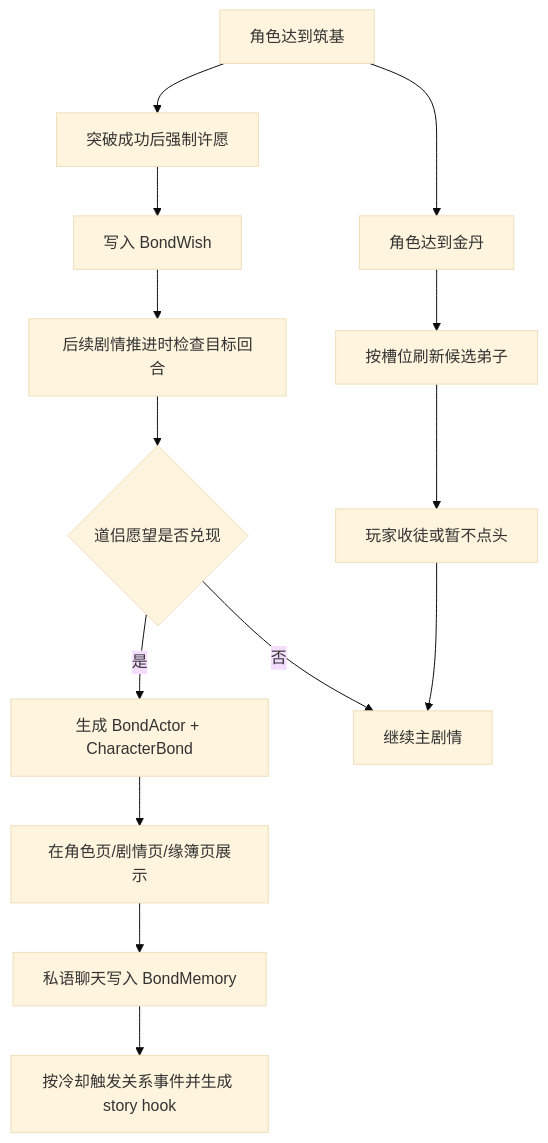
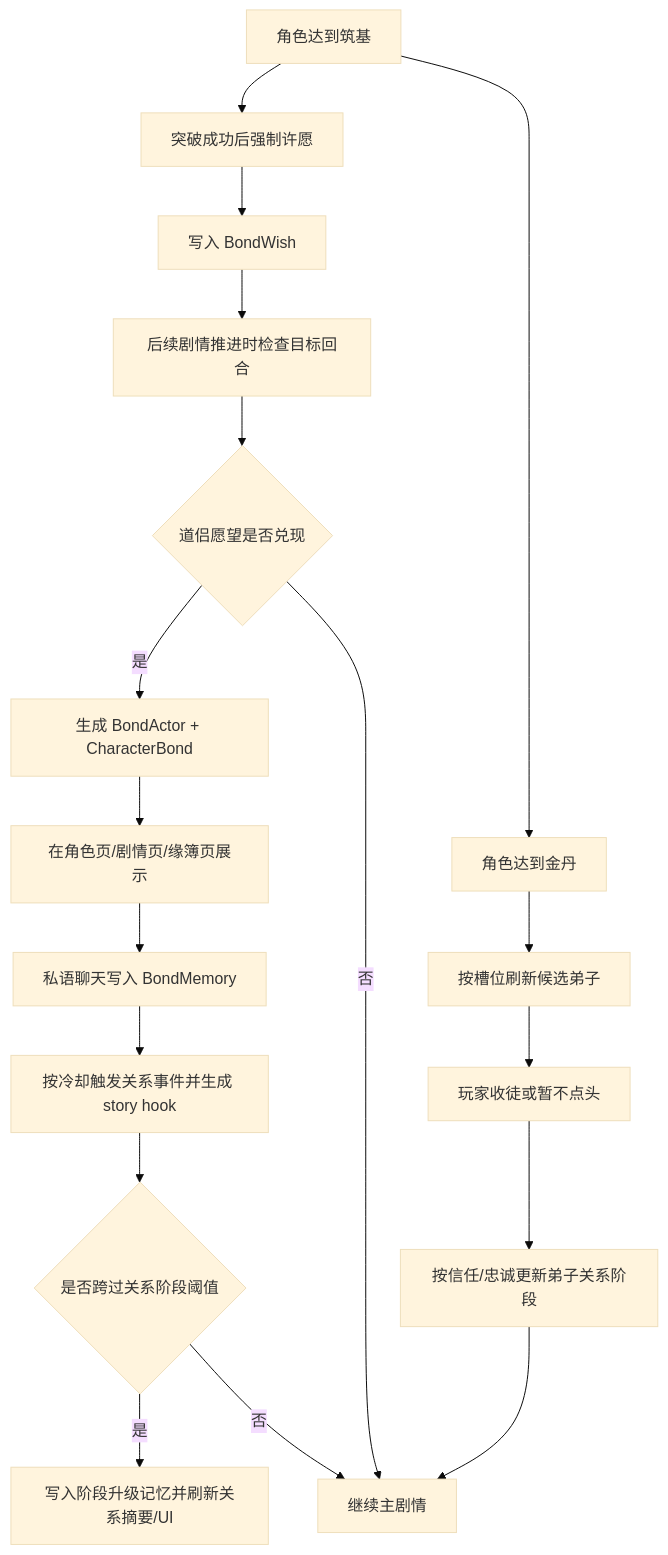
The third of 3 diagrams in docs/PROJECT_ARCHITECTURE.md (cdotlock/Open-Cultivation-Simulator), drawn with Mermaid (base theme) before and after one commit. The commit also changed other lines of this file and 10 other files, not shown here.

````diff
--- a/docs/PROJECT_ARCHITECTURE.md
+++ b/docs/PROJECT_ARCHITECTURE.md
@@ -190,16 +190,20 @@
 ```mermaid
 flowchart TD
   A["角色达到筑基"] --> B["突破成功后强制许愿"]
   B --> C["写入 BondWish"]
   C --> D["后续剧情推进时检查目标回合"]
   D --> E{"道侣愿望是否兑现"}
   E -->|是| F["生成 BondActor + CharacterBond"]
   E -->|否| G["继续主剧情"]
   F --> H["在角色页/剧情页/缘簿页展示"]
   H --> I["私语聊天写入 BondMemory"]
   I --> M["按冷却触发关系事件并生成 story hook"]
+  M --> N{"是否跨过关系阶段阈值"}
+  N -->|是| O["写入阶段升级记忆并刷新关系摘要/UI"]
+  N -->|否| G
   A --> J["角色达到金丹"]
   J --> K["按槽位刷新候选弟子"]
   K --> L["玩家收徒或暂不点头"]
-  L --> G
+  L --> P["按信任/忠诚更新弟子关系阶段"]
+  P --> G
 ```
````
